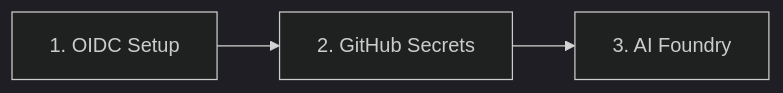
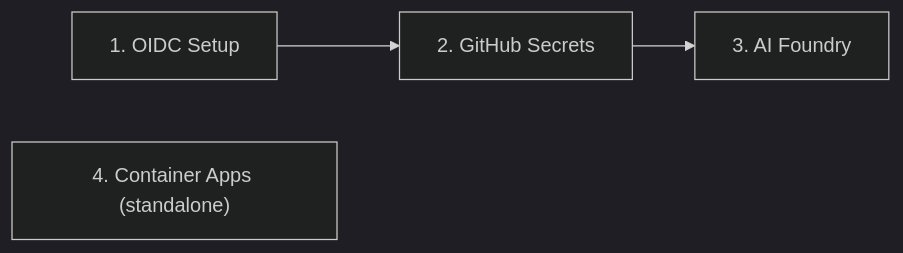
One commit to ks6088ts/template-github-copilot changed the diagram in docs/copilot_report_forge/getting_started.md. Above: the diagram before and after it, drawn with Mermaid (dark theme). The commit also changed other lines of this file and 31 other files, not shown here.

Commit message:
implement container apps scenario

````diff
--- a/docs/copilot_report_forge/getting_started.md
+++ b/docs/copilot_report_forge/getting_started.md
@@ -90,4 +90,5 @@
 ```mermaid
 flowchart LR
     A["1. OIDC Setup"] --> B["2. GitHub Secrets"] --> C["3. AI Foundry"]
+    D["4. Container Apps (standalone)"]
 ```
````
